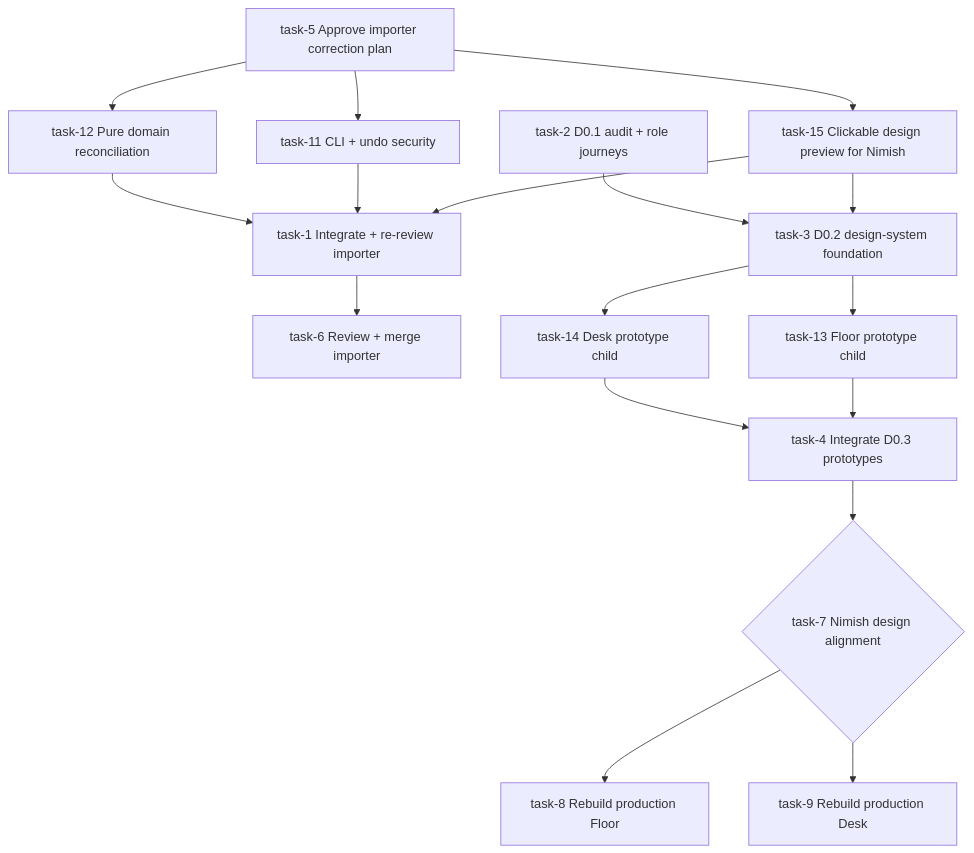
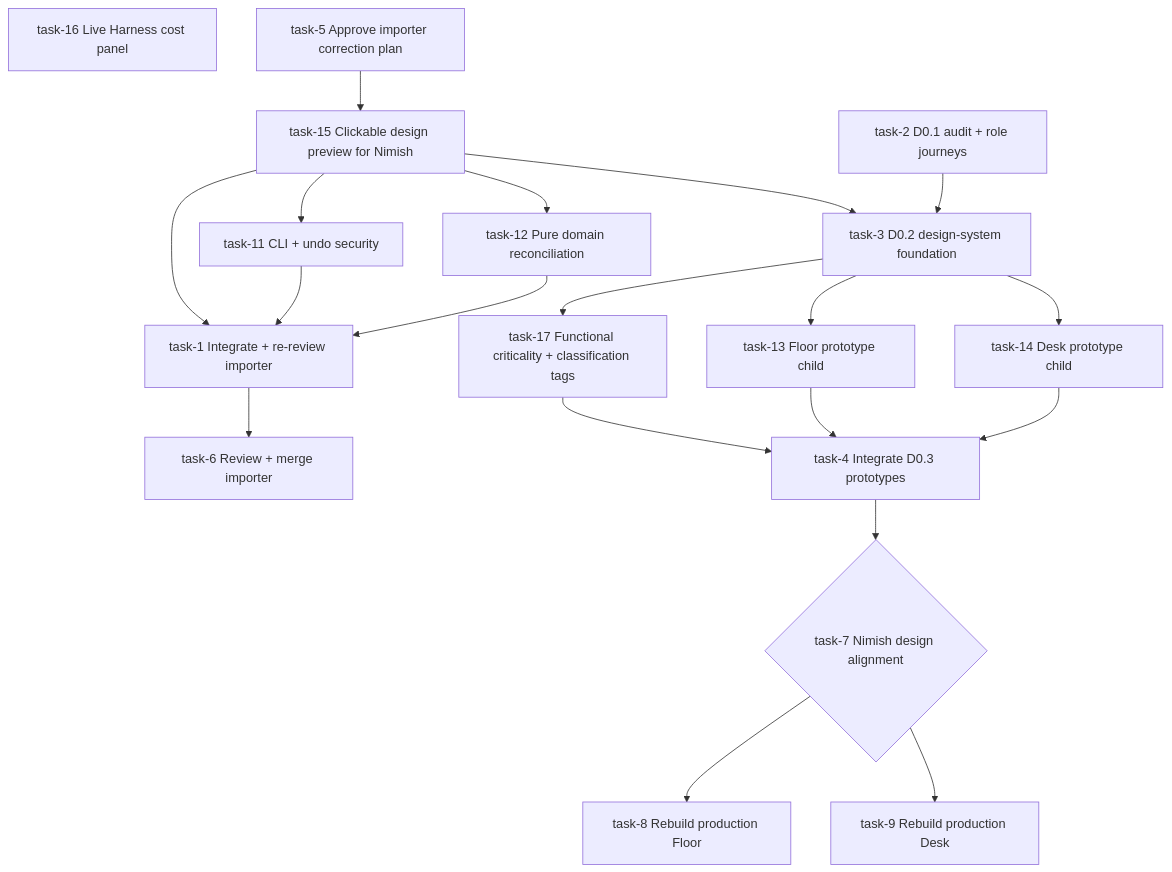
One commit to nimishshah1989/argus changed the diagram in docs/plan/EXECUTION.md. Above: the diagram before and after it, drawn with Mermaid. The commit also changed other lines of this file, not shown here.

Commit message:
docs: record preview approval and functional tags

````diff
--- a/docs/plan/EXECUTION.md
+++ b/docs/plan/EXECUTION.md
@@ -21,20 +25,24 @@
 ```mermaid
 flowchart TD
+  X[task-16 Live Harness cost panel]
+
   P[task-5 Approve importer correction plan] --> V[task-10 Input contract]
-  P --> U[task-11 CLI + undo security]
-  P --> C[task-12 Pure domain reconciliation]
+  V --> U[task-11 CLI + undo security]
+  V --> C[task-12 Pure domain reconciliation]
   V --> I[task-1 Integrate + re-review importer]
   U --> I
   C --> I
   I --> M[task-6 Review + merge importer]
 
   V[task-15 Clickable design preview for Nimish] --> S[task-3 D0.2 design-system foundation]
   A[task-2 D0.1 audit + role journeys] --> S
+  S --> T[task-17 Functional criticality + classification tags]
   S --> FP[task-13 Floor prototype child]
   S --> DP[task-14 Desk prototype child]
-  FP --> D[task-4 Integrate D0.3 prototypes]
+  T --> D[task-4 Integrate D0.3 prototypes]
+  FP --> D
   DP --> D
   D --> G{task-7 Nimish design alignment}
   G --> F[task-8 Rebuild production Floor]
   G --> K[task-9 Rebuild production Desk]
 ```
````
